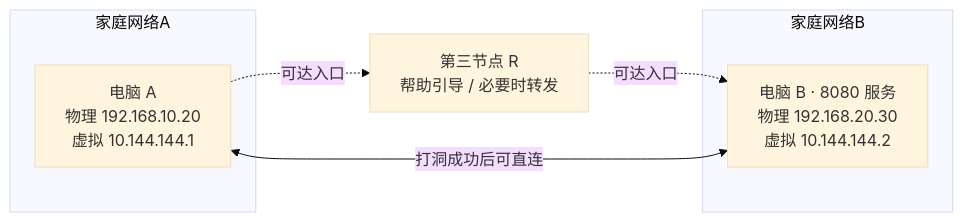
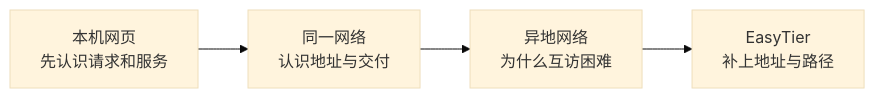
One commit to sonofmagic/easytier-docs changed the diagram in apps/website/course.md. Above: the diagram before and after it, drawn with Mermaid (base theme). The commit also changed other lines of this file and 59 other files, not shown here.

Commit message:
docs: rebuild EasyTier course for network beginners

````diff
--- a/apps/website/course.md
+++ b/apps/website/course.md
@@ -22,13 +14,6 @@
 ```mermaid
 flowchart LR
-  subgraph 家庭网络A
-    A["电脑 A<br/>物理 192.168.10.20<br/>虚拟 10.144.144.1"]
-  end
-  R["第三节点 R<br/>帮助引导 / 必要时转发"]
-  subgraph 家庭网络B
-    B["电脑 B · 8080 服务<br/>物理 192.168.20.30<br/>虚拟 10.144.144.2"]
-  end
-  A -. 可达入口 .-> R
-  R -. 可达入口 .-> B
-  A <-->|打洞成功后可直连| B
+  L["本机网页<br/>先认识请求和服务"] --> H["同一网络<br/>认识地址与交付"]
+  H --> W["异地网络<br/>为什么互访困难"]
+  W --> E["EasyTier<br/>补上地址与路径"]
 ```
````
